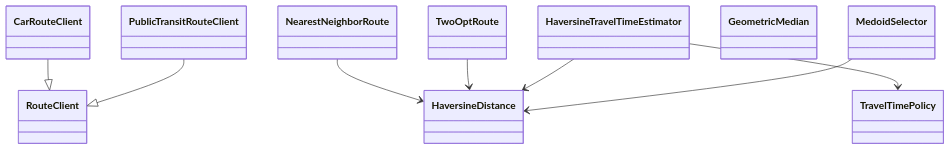
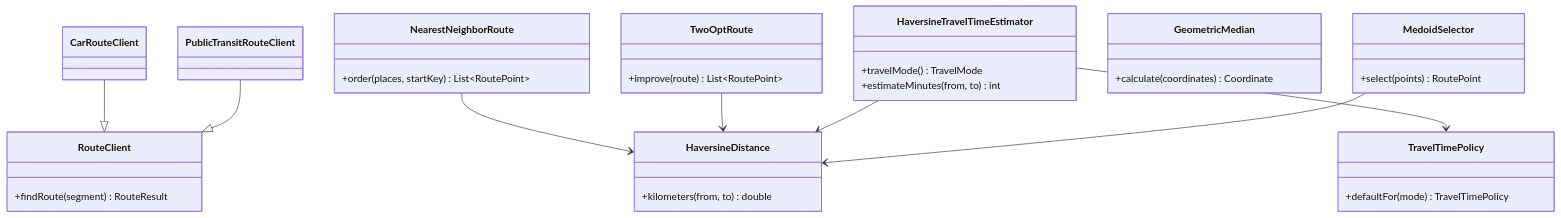
Before and after one commit to Nerororo/Project_AI_Travel_Assistant: the fourth of 5 diagrams in README.md, drawn with Mermaid. The commit also changed other lines of this file, not shown here.

````diff
--- a/README.md
+++ b/README.md
@@ -261,23 +311,40 @@
 ```mermaid
 classDiagram
 direction TB
 
-class RouteClient
+class RouteClient {
+  +findRoute(segment) RouteResult
+}
 class CarRouteClient
 class PublicTransitRouteClient
-class HaversineDistance
-class NearestNeighborRoute
-class TwoOptRoute
-class HaversineTravelTimeEstimator
-class TravelTimePolicy
-class GeometricMedian
-class MedoidSelector
+class HaversineDistance {
+  +kilometers(from, to) double
+}
+class NearestNeighborRoute {
+  +order(places, startKey) List~RoutePoint~
+}
+class TwoOptRoute {
+  +improve(route) List~RoutePoint~
+}
+class HaversineTravelTimeEstimator {
+  +travelMode() TravelMode
+  +estimateMinutes(from, to) int
+}
+class TravelTimePolicy {
+  +defaultFor(mode) TravelTimePolicy
+}
+class GeometricMedian {
+  +calculate(coordinates) Coordinate
+}
+class MedoidSelector {
+  +select(points) RoutePoint
+}
 
 CarRouteClient --|> RouteClient
 PublicTransitRouteClient --|> RouteClient
 NearestNeighborRoute --> HaversineDistance
 TwoOptRoute --> HaversineDistance
 HaversineTravelTimeEstimator --> HaversineDistance
 HaversineTravelTimeEstimator --> TravelTimePolicy
 MedoidSelector --> HaversineDistance
 ```
````
